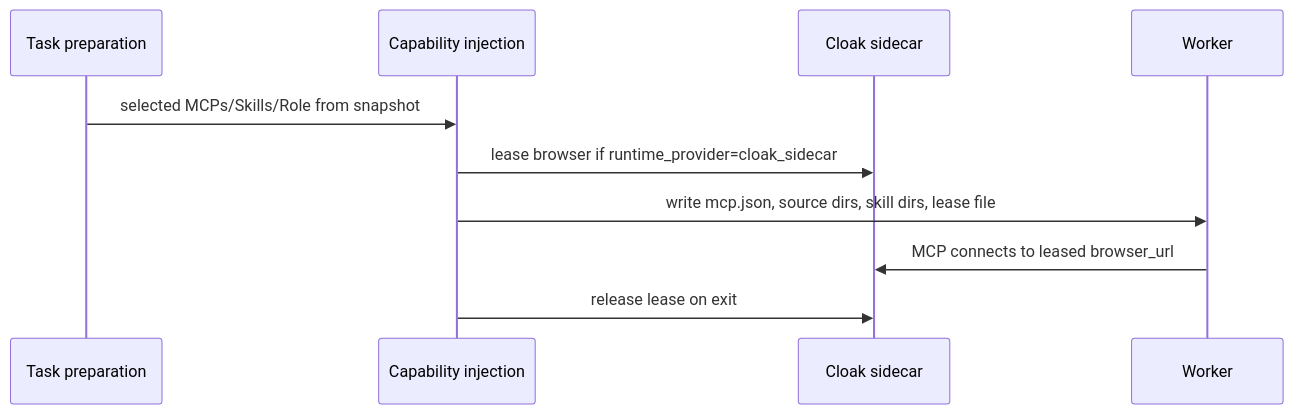
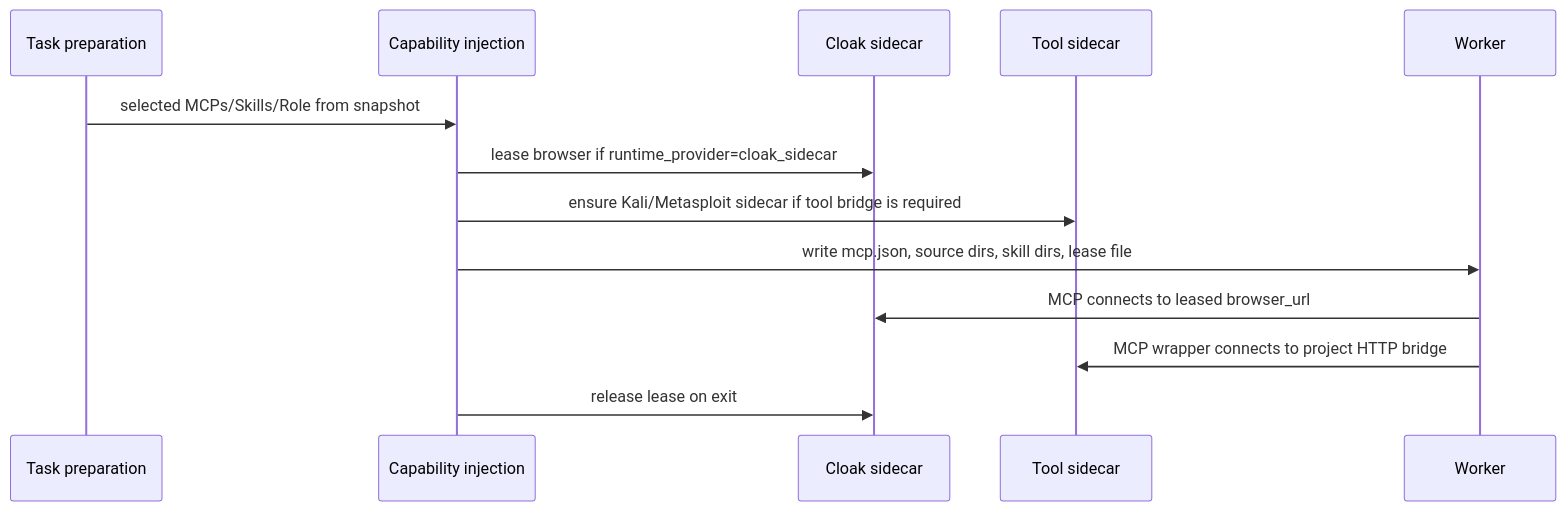
The third of 4 diagrams in AI/CODEBASE_ANALYSIS.md (j7ur8/Cairn), drawn with Mermaid before and after one commit. The commit also changed other lines of this file and 15 other files, not shown here.

````diff
--- a/AI/CODEBASE_ANALYSIS.md
+++ b/AI/CODEBASE_ANALYSIS.md
@@ -160,13 +168,16 @@
 ```mermaid
 sequenceDiagram
     participant T as Task preparation
     participant C as Capability injection
     participant B as Cloak sidecar
+    participant S as Tool sidecar
     participant W as Worker
 
     T->>C: selected MCPs/Skills/Role from snapshot
     C->>B: lease browser if runtime_provider=cloak_sidecar
+    C->>S: ensure Kali/Metasploit sidecar if tool bridge is required
     C->>W: write mcp.json, source dirs, skill dirs, lease file
     W->>B: MCP connects to leased browser_url
+    W->>S: MCP wrapper connects to project HTTP bridge
     C->>B: release lease on exit
 ```
````
